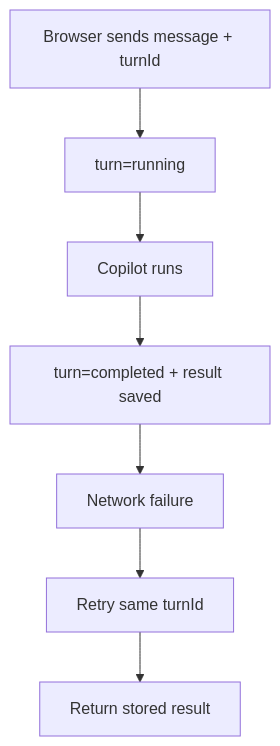
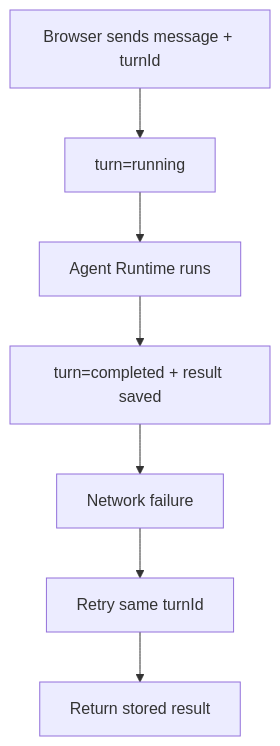
The sixth of 8 diagrams in docs/data-control-flow.md (saga/agentic-data-architect), drawn with Mermaid before and after one commit. The commit also changed other lines of this file, not shown here.

Commit message:
docs: align data-control-flow with runtime-neutral restart and Stop lifecycle

```diff
--- a/docs/data-control-flow.md
+++ b/docs/data-control-flow.md
@@ -281,15 +287,15 @@
 ~~~mermaid
 flowchart TD
     Send[Browser sends message + turnId]
     Running[turn=running]
-    Agent[Copilot runs]
+    Agent[Agent Runtime runs]
     Done[turn=completed + result saved]
     Network[Network failure]
     Retry[Retry same turnId]
     Return[Return stored result]
 
     Send --> Running --> Agent --> Done
     Done --> Network
     Network --> Retry
     Retry --> Return
 ~~~
```
